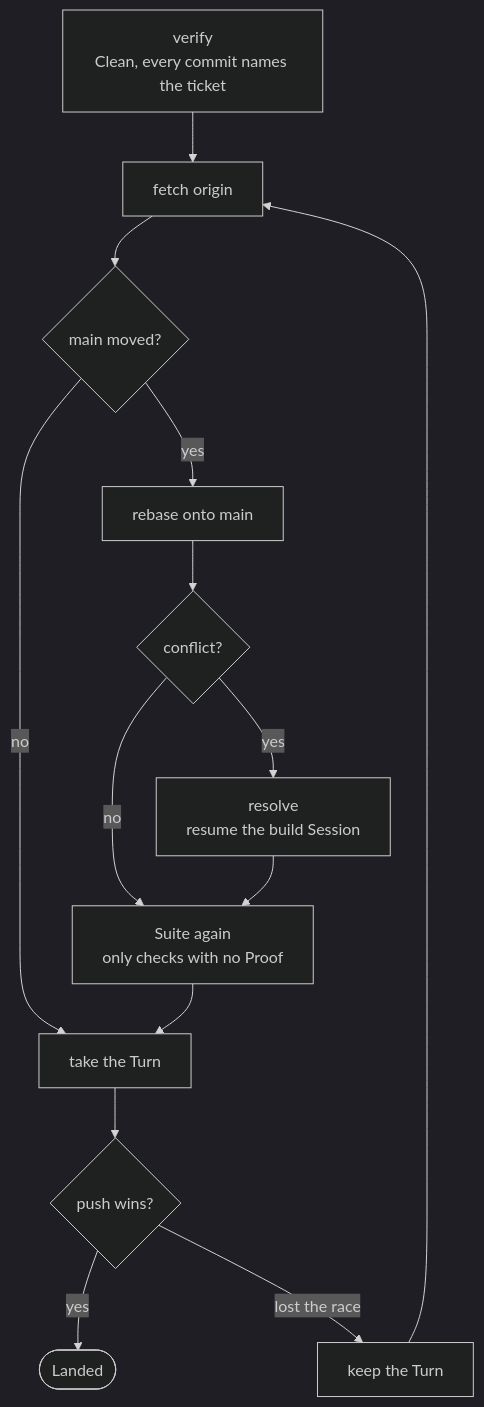
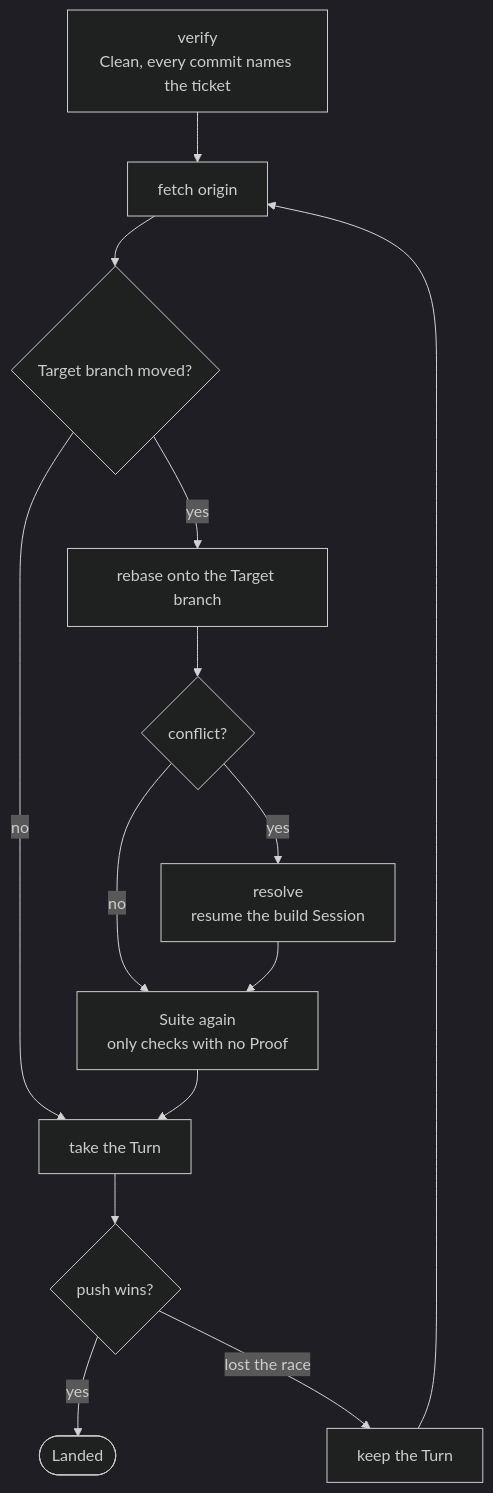
The third of 4 diagrams in docs/usage/the-loop.md (MalcolmMcNeely/skillworks), drawn with Mermaid (dark theme) before and after one commit. The commit also changed other lines of this file and 7 other files, not shown here.

First line of the commit message:
The usage docs explain both kinds of Target branch

````diff
--- a/docs/usage/the-loop.md
+++ b/docs/usage/the-loop.md
@@ -178,15 +224,15 @@
 ```mermaid
 flowchart TD
     verify["verify<br/>Clean, every commit names the ticket"] --> fetch["fetch origin"]
-    fetch --> moved{"main moved?"}
+    fetch --> moved{"Target branch moved?"}
     moved -- no --> turn["take the Turn"]
-    moved -- yes --> rebase["rebase onto main"]
+    moved -- yes --> rebase["rebase onto the Target branch"]
     rebase --> conflict{"conflict?"}
     conflict -- yes --> resolve["resolve<br/>resume the build Session"]
     conflict -- no --> suite2["Suite again<br/>only checks with no Proof"]
     resolve --> suite2
     suite2 --> turn
     turn --> push{"push wins?"}
     push -- yes --> done(["Landed"])
     push -- "lost the race" --> hold["keep the Turn"] --> fetch
 ```
````
